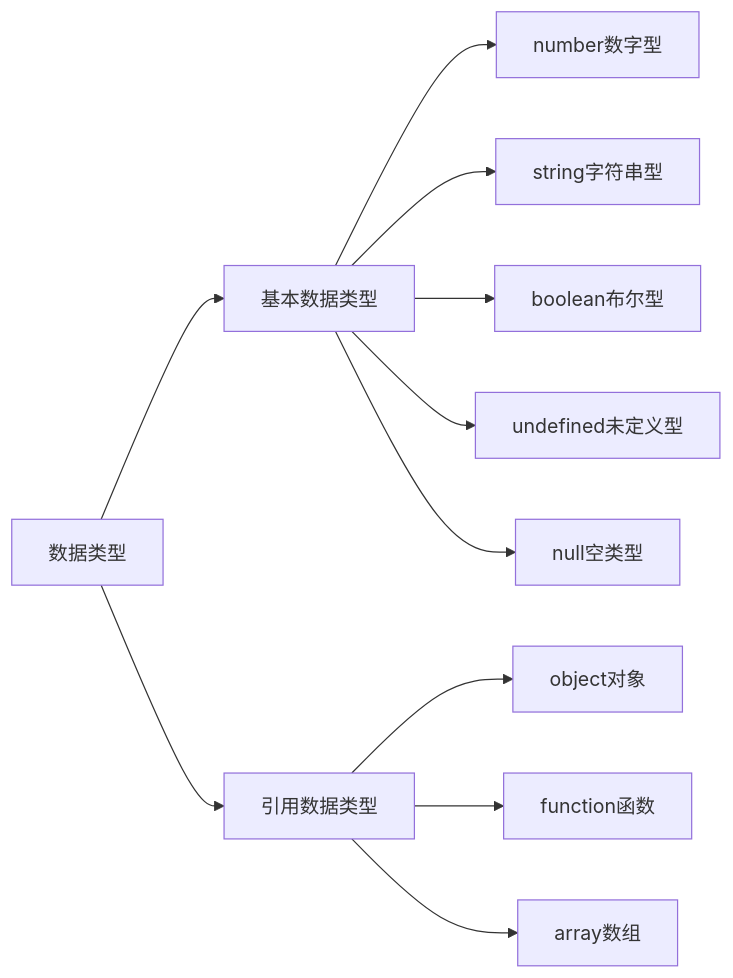
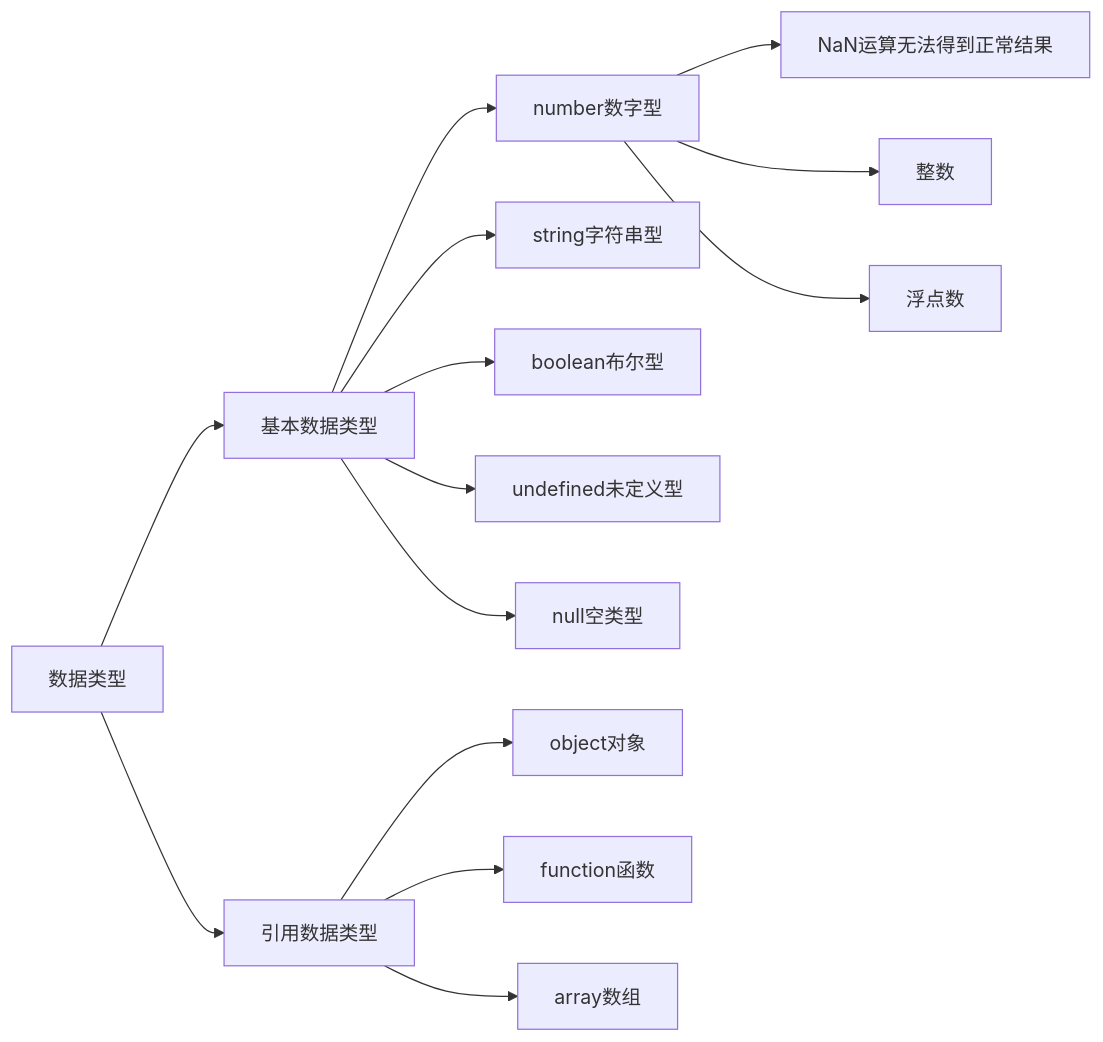
One commit to hughxusu/lesson-web changed the diagram in js/a-base/03-类型.md. Above: the diagram before and after it, drawn with Mermaid. The commit also changed 8 other files, not shown here.

````diff
--- a/js/a-base/03-类型.md
+++ b/js/a-base/03-类型.md
@@ -5,13 +5,16 @@
 ```mermaid
 graph LR
 数据类型-->基本数据类型
 基本数据类型-->number数字型
+number数字型-->NaN运算无法得到正常结果
+number数字型-->整数
+number数字型-->浮点数
 基本数据类型-->string字符串型
 基本数据类型-->boolean布尔型
 基本数据类型-->undefined未定义型
 基本数据类型-->null空类型
 数据类型-->引用数据类型
 引用数据类型-->object对象
 引用数据类型-->function函数
 引用数据类型-->array数组
 ```
````
